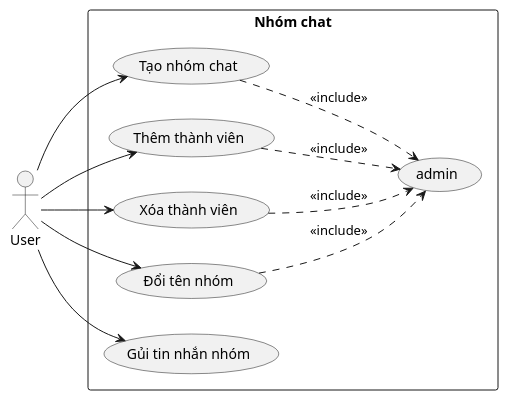
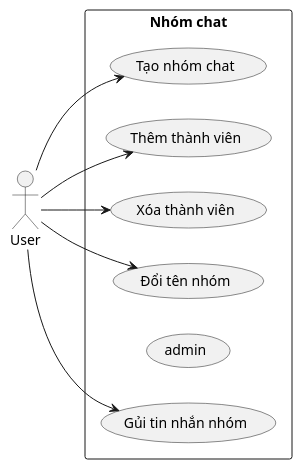
Before and after one commit to phamsyhung2110/project-hust: the diagram in uml/usecase_groupchat.puml, drawn with PlantUML. The commit also changed 8 other files, not shown here.

Commit message:
edit uml

```diff
--- a/uml/usecase_groupchat.puml
+++ b/uml/usecase_groupchat.puml
@@ -1,22 +1,18 @@
 @startuml
 left to right direction
 skinparam packageStyle rect
 actor User
 rectangle "Nhóm chat" {
   usecase "Tạo nhóm chat" as U1
   usecase "Thêm thành viên" as U2
   usecase "Xóa thành viên" as U3
   usecase "Đổi tên nhóm" as U4
   usecase "admin" as admin
   usecase "Gủi tin nhắn nhóm" as Send
   User --> Send
   User --> U1 
   User --> U2 
   User --> U3 
   User --> U4 
-  U1 ..> admin : <<include>>
-  U2 ..> admin : <<include>>
-  U3 ..> admin : <<include>>
-  U4 ..> admin : <<include>>
 }
 @enduml
```
